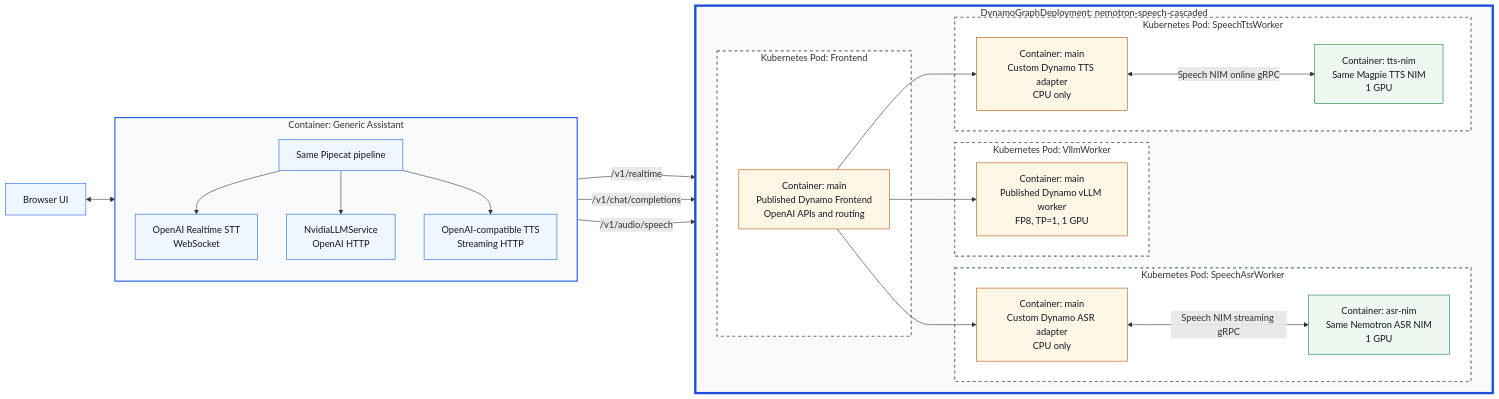
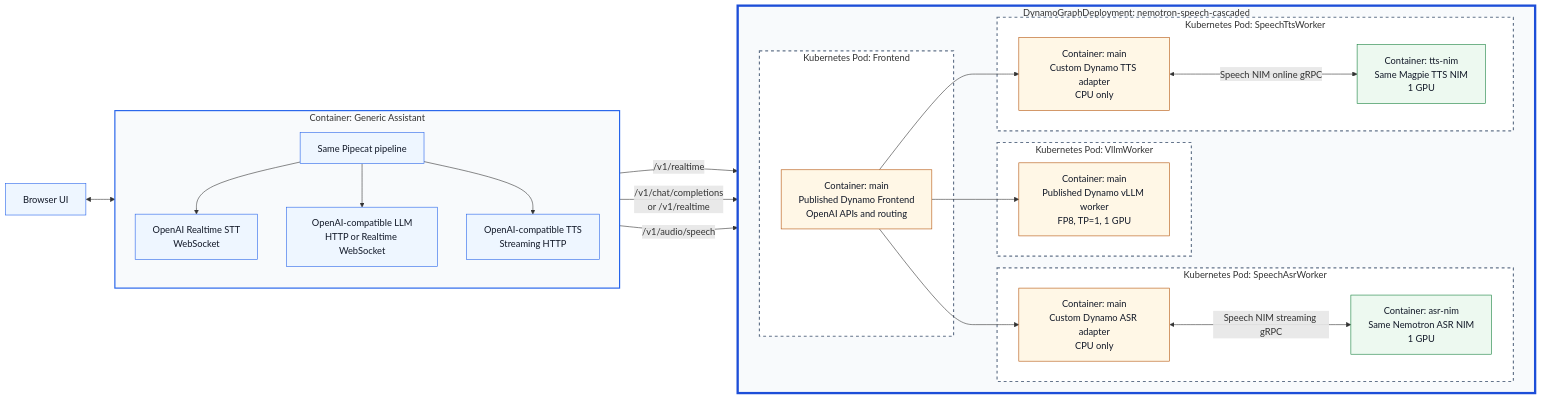
The diagram in examples/nemotron_speech_cascaded_pipeline/README.md (ai-dynamo/dynamo), drawn with Mermaid before and after one commit. The commit also changed other lines of this file and 2 other files, not shown here.

Commit message:
feat(examples): overlap ASR and LLM prefill

````diff
--- a/examples/nemotron_speech_cascaded_pipeline/README.md
+++ b/examples/nemotron_speech_cascaded_pipeline/README.md
@@ -30,64 +30,64 @@
 ```mermaid
 flowchart LR
     Browser["Browser UI"]
 
     subgraph PipecatContainer["Container: Generic Assistant"]
         direction TB
         Pipecat["Same Pipecat pipeline"]
         STTClient["OpenAI Realtime STT<br/>WebSocket"]
-        LLMClient["NvidiaLLMService<br/>OpenAI HTTP"]
+        LLMClient["OpenAI-compatible LLM<br/>HTTP or Realtime WebSocket"]
         TTSClient["OpenAI-compatible TTS<br/>Streaming HTTP"]
     end
 
     subgraph DGD["DynamoGraphDeployment: nemotron-speech-cascaded"]
         direction LR
 
         subgraph FrontendPod["Kubernetes Pod: Frontend"]
             Frontend["Container: main<br/>Published Dynamo Frontend<br/>OpenAI APIs and routing"]
         end
 
         subgraph ASRPod["Kubernetes Pod: SpeechAsrWorker"]
             ASRWorker["Container: main<br/>Custom Dynamo ASR adapter<br/>CPU only"]
             ASR["Container: asr-nim<br/>Same Nemotron ASR NIM<br/>1 GPU"]
         end
 
         subgraph LLMPod["Kubernetes Pod: VllmWorker"]
             LLMWorker["Container: main<br/>Published Dynamo vLLM worker<br/>FP8, TP=1, 1 GPU"]
         end
 
         subgraph TTSPod["Kubernetes Pod: SpeechTtsWorker"]
             TTSWorker["Container: main<br/>Custom Dynamo TTS adapter<br/>CPU only"]
             TTS["Container: tts-nim<br/>Same Magpie TTS NIM<br/>1 GPU"]
         end
     end
 
     Browser <--> Pipecat
 
     Pipecat --> STTClient
     STTClient -->|"/v1/realtime"| Frontend
     Frontend --> ASRWorker
     ASRWorker <-->|"Speech NIM streaming gRPC"| ASR
 
     Pipecat --> LLMClient
-    LLMClient -->|"/v1/chat/completions"| Frontend
+    LLMClient -->|"/v1/chat/completions<br/>or /v1/realtime"| Frontend
     Frontend --> LLMWorker
 
     Pipecat --> TTSClient
     TTSClient -->|"/v1/audio/speech"| Frontend
     Frontend --> TTSWorker
     TTSWorker <-->|"Speech NIM online gRPC"| TTS
 
     classDef client fill:#eef6ff,stroke:#2563eb,color:#111827
     classDef dynamo fill:#fff7e6,stroke:#b45309,color:#111827
     classDef nim fill:#edf9f0,stroke:#15803d,color:#111827
     class Browser,Pipecat,STTClient,LLMClient,TTSClient client
     class Frontend,ASRWorker,LLMWorker,TTSWorker dynamo
     class ASR,TTS nim
 
     style PipecatContainer fill:#f8fafc,stroke:#2563eb,stroke-width:2px
     style DGD fill:#f8fafc,stroke:#1d4ed8,stroke-width:4px
     style FrontendPod fill:#ffffff,stroke:#64748b,stroke-width:2px,stroke-dasharray:5 5
     style ASRPod fill:#ffffff,stroke:#64748b,stroke-width:2px,stroke-dasharray:5 5
     style LLMPod fill:#ffffff,stroke:#64748b,stroke-width:2px,stroke-dasharray:5 5
     style TTSPod fill:#ffffff,stroke:#64748b,stroke-width:2px,stroke-dasharray:5 5
 ```
````
